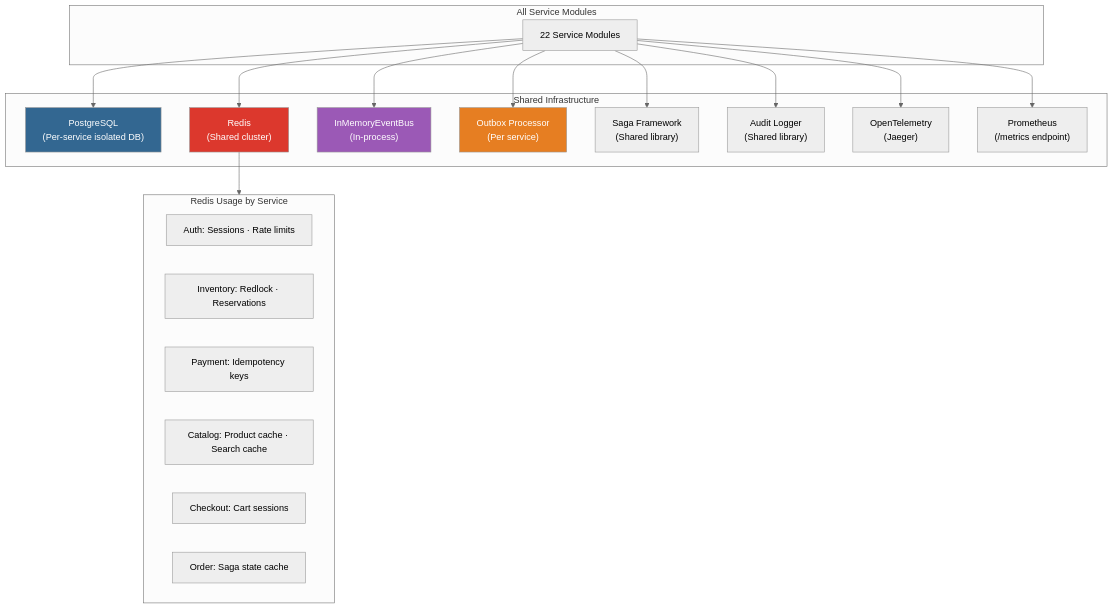
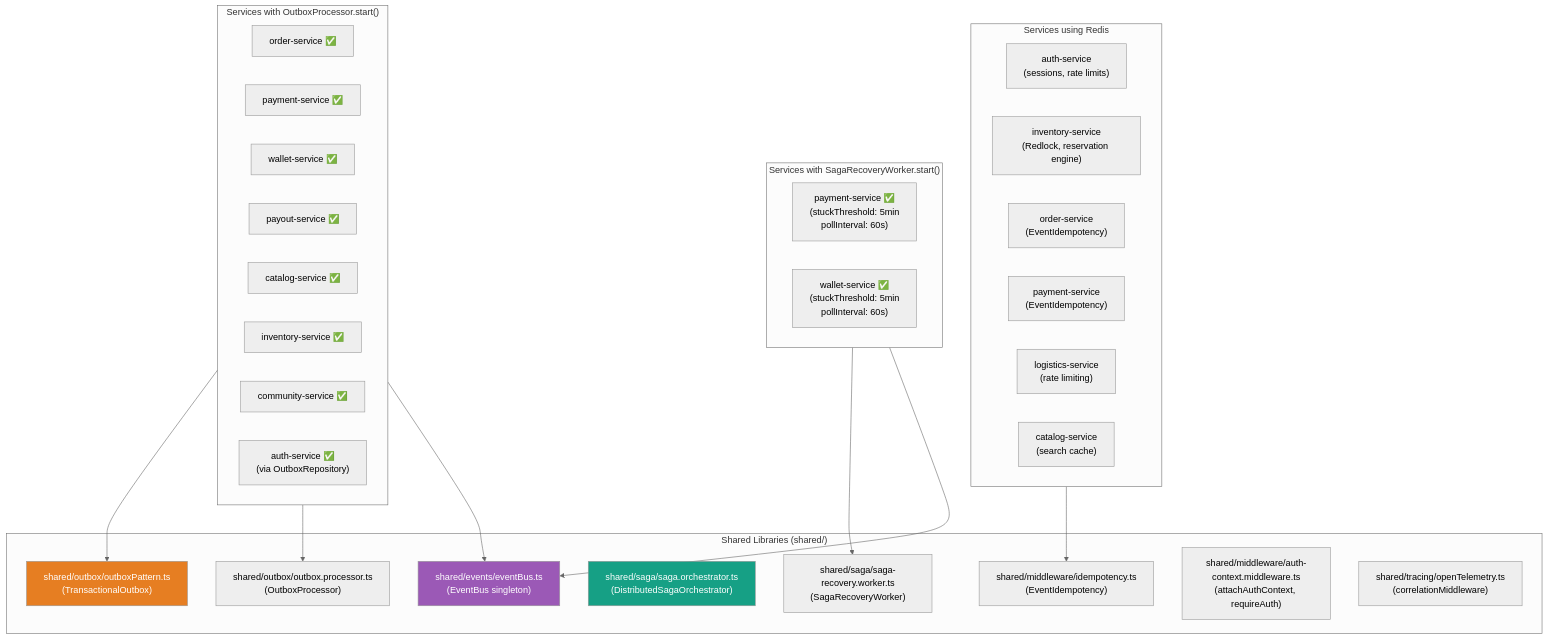
Before and after one commit to maysar-014/maysar-express-backend: the third of 5 diagrams in docs/architecture/service-dependency-map.md, drawn with Mermaid (neutral theme). The commit also changed other lines of this file and 5 other files, not shown here.

First line of the commit message:
docs: rebuild diagrams from actual source code evidence

````diff
--- a/docs/architecture/service-dependency-map.md
+++ b/docs/architecture/service-dependency-map.md
@@ -142,42 +118,47 @@
 ```mermaid
 graph TB
-    subgraph Services["All Service Modules"]
-        SVC["22 Service Modules"]
+    subgraph OutboxUsers["Services with OutboxProcessor.start()"]
+        O1["order-service ✅"]
+        O2["payment-service ✅"]
+        O3["wallet-service ✅"]
+        O4["payout-service ✅"]
+        O5["catalog-service ✅"]
+        O6["inventory-service ✅"]
+        O7["community-service ✅"]
+        O8["auth-service ✅\n(via OutboxRepository)"]
     end
 
-    subgraph SharedInfra["Shared Infrastructure"]
-        PG["PostgreSQL\n(Per-service isolated DB)"]
-        REDIS["Redis\n(Shared cluster)"]
-        BUS["InMemoryEventBus\n(In-process)"]
-        OUTBOX["Outbox Processor\n(Per service)"]
-        SAGA["Saga Framework\n(Shared library)"]
-        AUDIT["Audit Logger\n(Shared library)"]
-        TRACING["OpenTelemetry\n(Jaeger)"]
-        METRICS["Prometheus\n(/metrics endpoint)"]
+    subgraph SagaRecoveryUsers["Services with SagaRecoveryWorker.start()"]
+        S1["payment-service ✅\n(stuckThreshold: 5min\npollInterval: 60s)"]
+        S2["wallet-service ✅\n(stuckThreshold: 5min\npollInterval: 60s)"]
     end
 
-    subgraph RedisUsage["Redis Usage by Service"]
-        R1["Auth: Sessions · Rate limits"]
-        R2["Inventory: Redlock · Reservations"]
-        R3["Payment: Idempotency keys"]
-        R4["Catalog: Product cache · Search cache"]
-        R5["Checkout: Cart sessions"]
-        R6["Order: Saga state cache"]
+    subgraph RedisUsers["Services using Redis"]
+        R1["auth-service\n(sessions, rate limits)"]
+        R2["inventory-service\n(Redlock, reservation engine)"]
+        R3["order-service\n(EventIdempotency)"]
+        R4["payment-service\n(EventIdempotency)"]
+        R5["logistics-service\n(rate limiting)"]
+        R6["catalog-service\n(search cache)"]
     end
 
-    SVC --> PG
-    SVC --> REDIS
-    SVC --> BUS
-    SVC --> OUTBOX
-    SVC --> SAGA
-    SVC --> AUDIT
-    SVC --> TRACING
-    SVC --> METRICS
+    subgraph SharedLibs["Shared Libraries (shared/)"]
+        SL1["shared/events/eventBus.ts\n(EventBus singleton)"]
+        SL2["shared/outbox/outboxPattern.ts\n(TransactionalOutbox)"]
+        SL3["shared/outbox/outbox.processor.ts\n(OutboxProcessor)"]
+        SL4["shared/saga/saga.orchestrator.ts\n(DistributedSagaOrchestrator)"]
+        SL5["shared/saga/saga-recovery.worker.ts\n(SagaRecoveryWorker)"]
+        SL6["shared/middleware/idempotency.ts\n(EventIdempotency)"]
+        SL7["shared/middleware/auth-context.middleware.ts\n(attachAuthContext, requireAuth)"]
+        SL8["shared/tracing/openTelemetry.ts\n(correlationMiddleware)"]
+    end
 
-    REDIS --> RedisUsage
+    OutboxUsers --> SL2 & SL3
+    SagaRecoveryUsers --> SL5
+    OutboxUsers & SagaRecoveryUsers --> SL1
+    RedisUsers --> SL6
 
-    style PG fill:#336791,color:#fff
-    style REDIS fill:#DC382D,color:#fff
-    style BUS fill:#9B59B6,color:#fff
-    style OUTBOX fill:#E67E22,color:#fff
+    style SL1 fill:#9B59B6,color:#fff
+    style SL2 fill:#E67E22,color:#fff
+    style SL4 fill:#16A085,color:#fff
 ```
````
